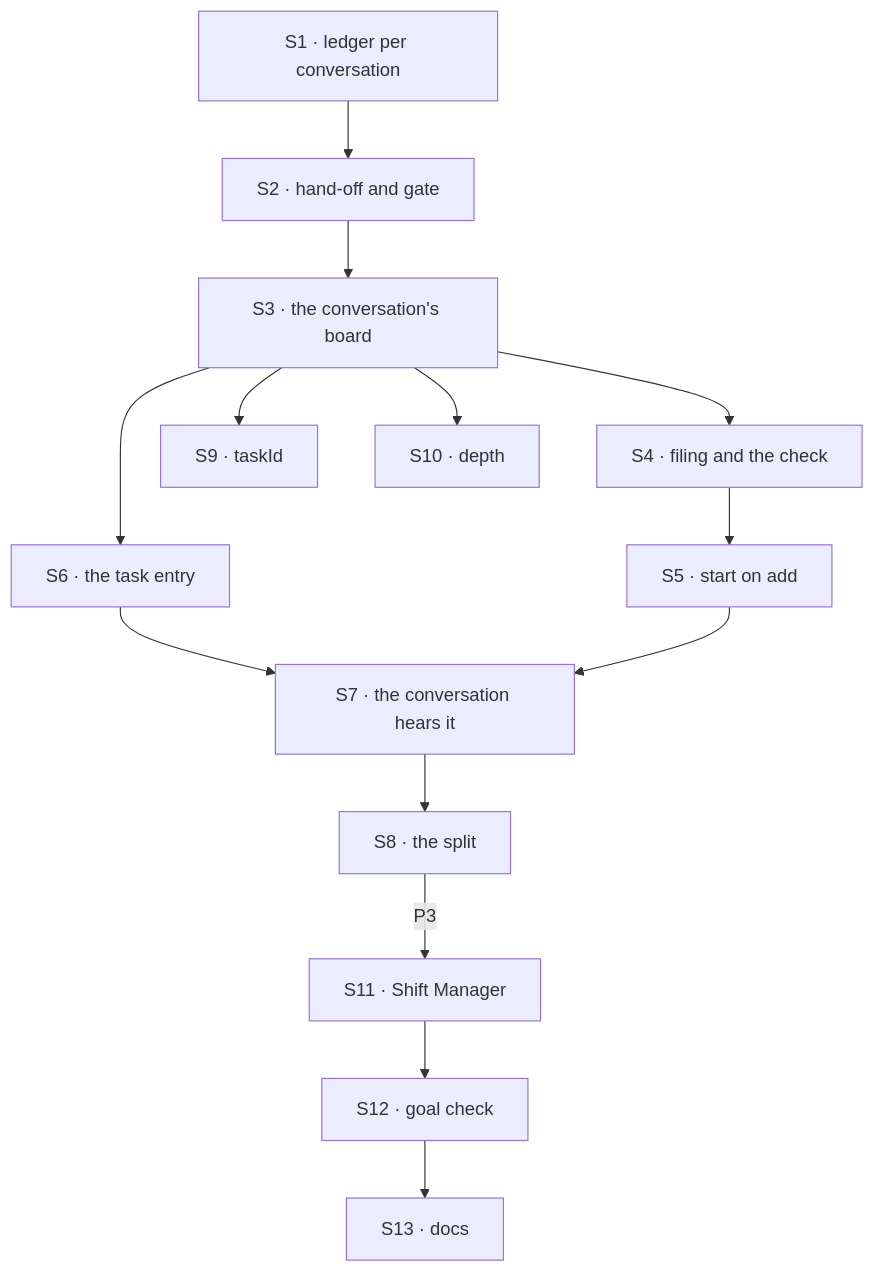
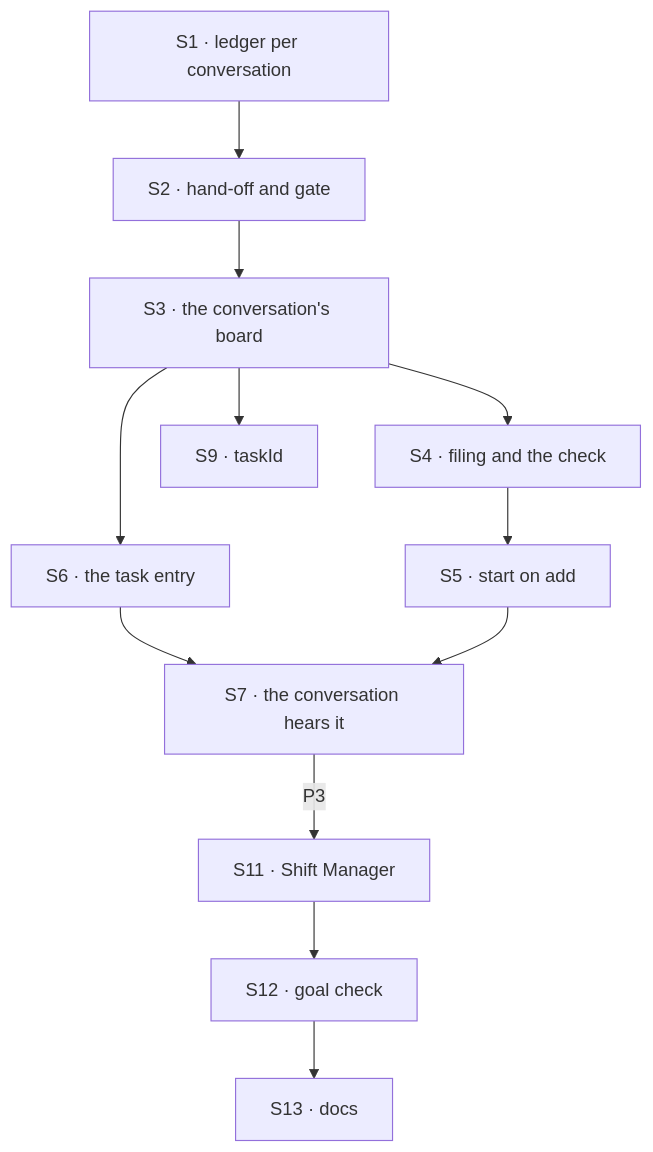
The diagram in specs/issues/FIX-1794/PLAN.md (fixpoint-labs/flow-state-dev), drawn with Mermaid before and after one commit. The commit also changed other lines of this file and 15 other files, not shown here.

````diff
--- a/specs/issues/FIX-1794/PLAN.md
+++ b/specs/issues/FIX-1794/PLAN.md
@@ -47,16 +47,14 @@
 ```mermaid
 flowchart TD
   S1["S1 · ledger per conversation"] --> S2["S2 · hand-off and gate"]
   S2 --> S3["S3 · the conversation's board"]
   S3 --> S4["S4 · filing and the check"]
   S4 --> S5["S5 · start on add"]
   S3 --> S6["S6 · the task entry"]
   S6 --> S7["S7 · the conversation hears it"]
   S5 --> S7
-  S7 --> S8["S8 · the split"]
   S3 --> S9["S9 · taskId"]
-  S3 --> S10["S10 · depth"]
-  S8 -->|"P3"| S11["S11 · Shift Manager"]
+  S7 -->|"P3"| S11["S11 · Shift Manager"]
   S11 --> S12["S12 · goal check"]
   S12 --> S13["S13 · docs"]
 ```
````
